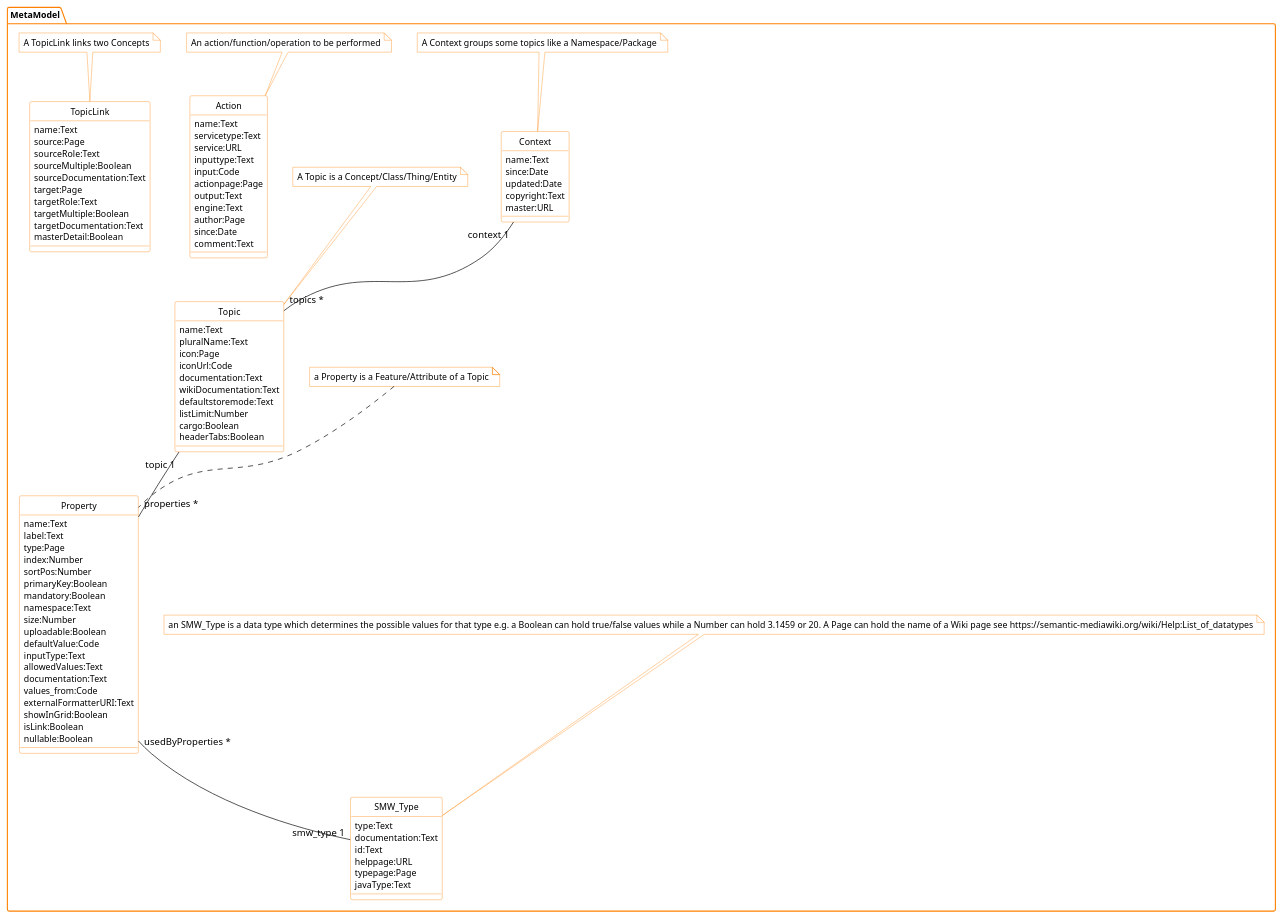
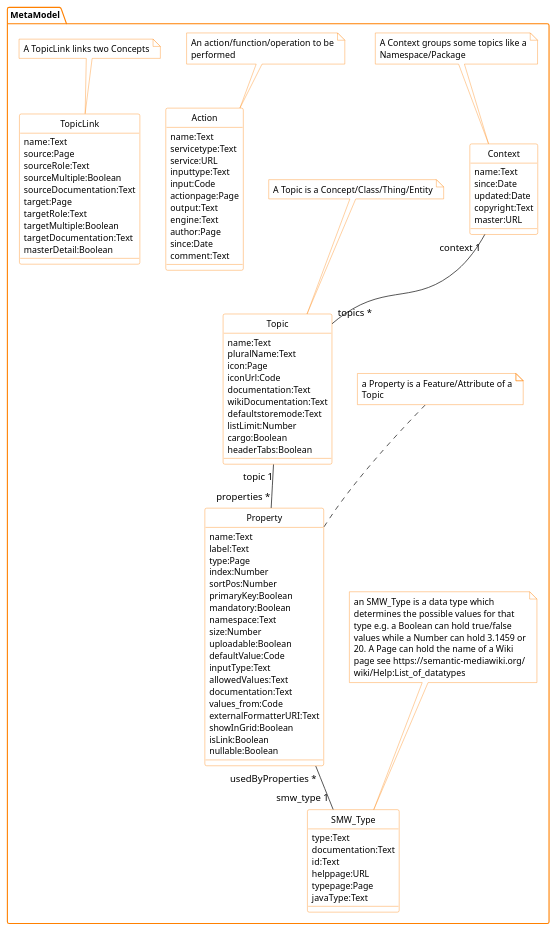
One commit to WolfgangFahl/pyMetaModel changed the diagram in examples/metamodel/metamodel.puml. Above: the diagram before and after it, drawn with PlantUML. The commit also changed 33 other files, not shown here.

```diff
--- a/examples/metamodel/metamodel.puml
+++ b/examples/metamodel/metamodel.puml
@@ -1,175 +1,184 @@
 package MetaModel {
   class Context {
     name:Text
     since:Date
     updated:Date
     copyright:Text
     master:URL
   }
 Note top of Context
-A Context groups some topics like a Namespace/Package
+A Context groups some topics like a
+Namespace/Package
 End note
   class Property {
     name:Text
     label:Text
     type:Page
     index:Number
     sortPos:Number
     primaryKey:Boolean
     mandatory:Boolean
     namespace:Text
     size:Number
     uploadable:Boolean
     defaultValue:Code
     inputType:Text
     allowedValues:Text
     documentation:Text
     values_from:Code
     externalFormatterURI:Text
     showInGrid:Boolean
     isLink:Boolean
     nullable:Boolean
   }
 Note top of Property
-a Property is a Feature/Attribute of a Topic
+a Property is a Feature/Attribute of a
+Topic
 End note
   class SMW_Type {
     type:Text
     documentation:Text
     id:Text
     helppage:URL
     typepage:Page
     javaType:Text
   }
 Note top of SMW_Type
-an SMW_Type is a data type which determines the possible values for that type e.g. a Boolean can hold true/false values while a Number can hold 3.1459 or 20. A Page can hold the name of a Wiki page see https://semantic-mediawiki.org/wiki/Help:List_of_datatypes
+an SMW_Type is a data type which
+determines the possible values for that
+type e.g. a Boolean can hold true/false
+values while a Number can hold 3.1459 or
+20. A Page can hold the name of a Wiki
+page see https://semantic-mediawiki.org/
+wiki/Help:List_of_datatypes
 End note
   class Topic {
     name:Text
     pluralName:Text
     icon:Page
     iconUrl:Code
     documentation:Text
     wikiDocumentation:Text
     defaultstoremode:Text
     listLimit:Number
     cargo:Boolean
     headerTabs:Boolean
   }
 Note top of Topic
 A Topic is a Concept/Class/Thing/Entity
 End note
   class Action {
     name:Text
     servicetype:Text
     service:URL
     inputtype:Text
     input:Code
     actionpage:Page
     output:Text
     engine:Text
     author:Page
     since:Date
     comment:Text
   }
 Note top of Action
-An action/function/operation to be performed
+An action/function/operation to be
+performed
 End note
   class TopicLink {
     name:Text
     source:Page
     sourceRole:Text
     sourceMultiple:Boolean
     sourceDocumentation:Text
     target:Page
     targetRole:Text
     targetMultiple:Boolean
     targetDocumentation:Text
     masterDetail:Boolean
   }
 Note top of TopicLink
 A TopicLink links two Concepts
 End note
 }
 Topic "topic 1" -- "properties *" Property
 Context "context 1" -- "topics *" Topic
 Property "usedByProperties *" -- "smw_type 1" SMW_Type
 
 ' BITPlan Corporate identity skin params
-' Copyright (c) 2015-2023 BITPlan GmbH
+' Copyright (c) 2015-2024 BITPlan GmbH
 ' see http://wiki.bitplan.com/PlantUmlSkinParams#BITPlanCI
 ' skinparams generated by com.bitplan.restmodelmanager
 skinparam note {
   BackGroundColor #FFFFFF
   FontSize 12
   ArrowColor #FF8000
   BorderColor #FF8000
   FontColor black
   FontName Technical
 }
 skinparam component {
   BackGroundColor #FFFFFF
   FontSize 12
   ArrowColor #FF8000
   BorderColor #FF8000
   FontColor black
   FontName Technical
 }
 skinparam package {
   BackGroundColor #FFFFFF
   FontSize 12
   ArrowColor #FF8000
   BorderColor #FF8000
   FontColor black
   FontName Technical
 }
 skinparam usecase {
   BackGroundColor #FFFFFF
   FontSize 12
   ArrowColor #FF8000
   BorderColor #FF8000
   FontColor black
   FontName Technical
 }
 skinparam activity {
   BackGroundColor #FFFFFF
   FontSize 12
   ArrowColor #FF8000
   BorderColor #FF8000
   FontColor black
   FontName Technical
 }
 skinparam classAttribute {
   BackGroundColor #FFFFFF
   FontSize 12
   ArrowColor #FF8000
   BorderColor #FF8000
   FontColor black
   FontName Technical
 }
 skinparam interface {
   BackGroundColor #FFFFFF
   FontSize 12
   ArrowColor #FF8000
   BorderColor #FF8000
   FontColor black
   FontName Technical
 }
 skinparam class {
   BackGroundColor #FFFFFF
   FontSize 12
   ArrowColor #FF8000
   BorderColor #FF8000
   FontColor black
   FontName Technical
 }
 skinparam object {
   BackGroundColor #FFFFFF
   FontSize 12
   ArrowColor #FF8000
   BorderColor #FF8000
   FontColor black
   FontName Technical
 }
 hide Circle
 ' end of skinparams '
```
